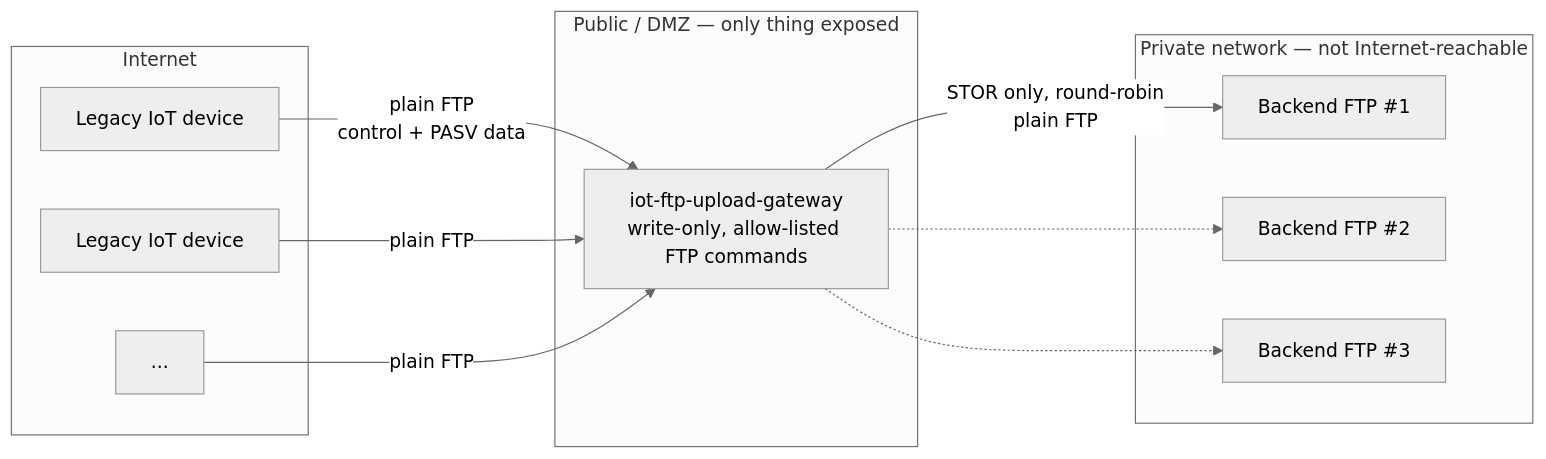
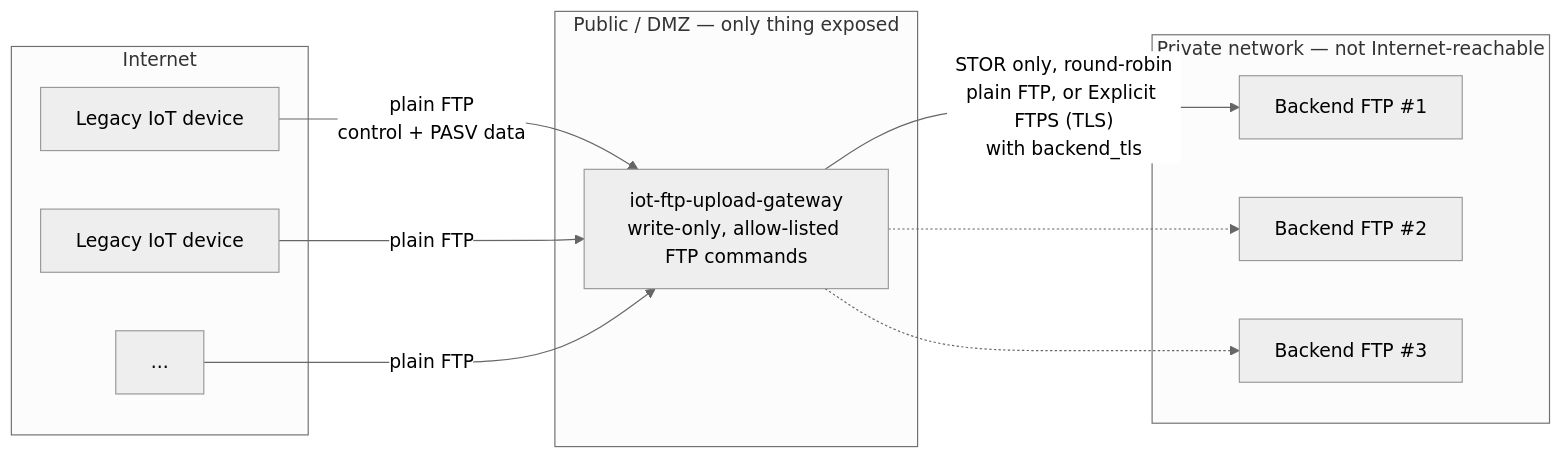
One commit to higanworks/iot-ftp-upload-gateway changed the first of 2 diagrams in README.md. Above: the diagram before and after it, drawn with Mermaid (neutral theme). The commit also changed other lines of this file, not shown here.

First line of the commit message:
Document backend FTPS and AWS Transfer Family usage in the README

````diff
--- a/README.md
+++ b/README.md
@@ -21,25 +21,25 @@
 ```mermaid
 flowchart LR
     subgraph internet["Internet"]
         device1["Legacy IoT device"]
         device2["Legacy IoT device"]
         deviceN["..."]
     end
 
     subgraph dmz["Public / DMZ — only thing exposed"]
         gw["iot-ftp-upload-gateway<br/>write-only, allow-listed FTP commands"]
     end
 
     subgraph private["Private network — not Internet-reachable"]
         b1["Backend FTP #1"]
         b2["Backend FTP #2"]
         b3["Backend FTP #3"]
     end
 
     device1 -- "plain FTP<br/>control + PASV data" --> gw
     device2 -- "plain FTP" --> gw
     deviceN -- "plain FTP" --> gw
-    gw -- "STOR only, round-robin<br/>plain FTP" --> b1
+    gw -- "STOR only, round-robin<br/>plain FTP, or Explicit FTPS (TLS)<br/>with backend_tls" --> b1
     gw -.-> b2
     gw -.-> b3
 ```
````
